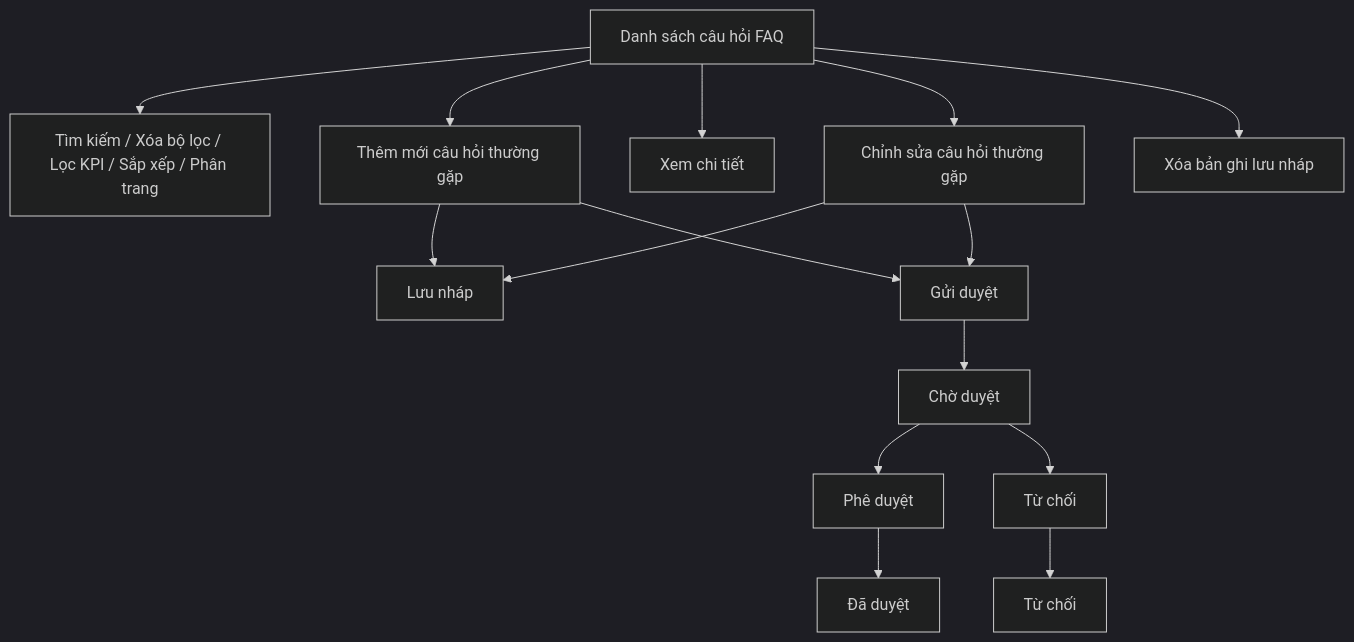
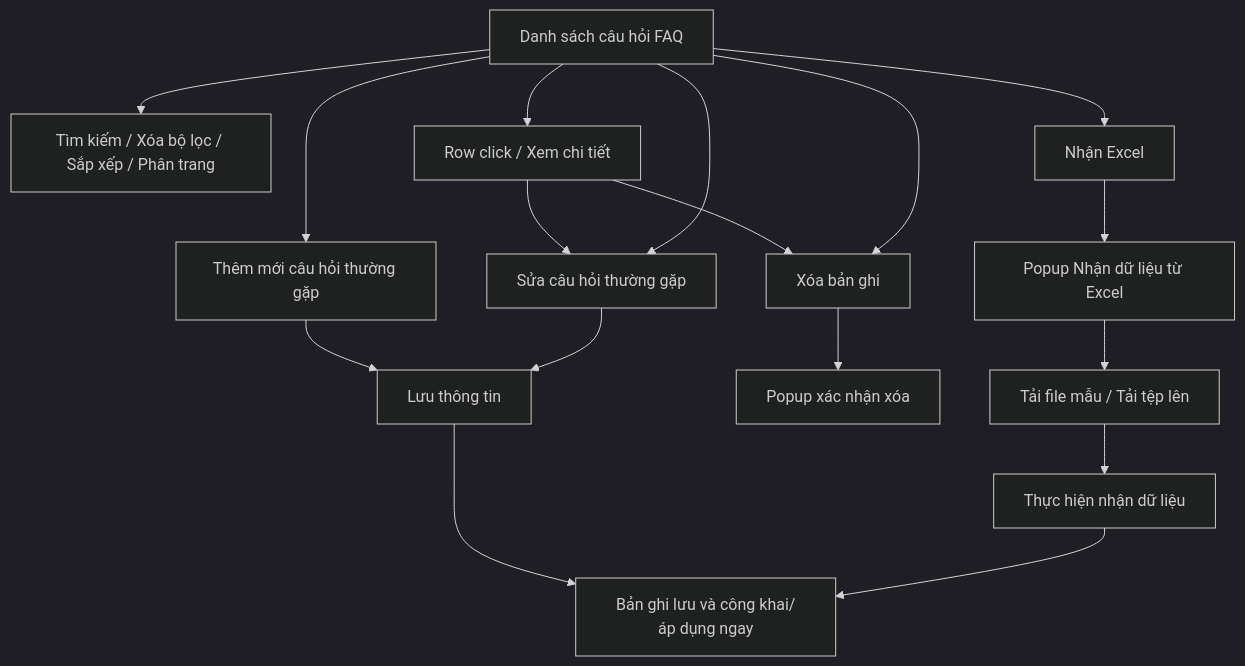
The diagram in Tai lieu phan tich/03_Website_Quan_tri/03_Cong_tac_boi_thuong/SRS_BTNN_HoTroTuLieu_FAQ.md (huyendt2007/BPBD_UI), drawn with Mermaid (dark theme) before and after one commit. The commit also changed other lines of this file and 135 other files, not shown here.

````diff
--- a/Tai lieu phan tich/03_Website_Quan_tri/03_Cong_tac_boi_thuong/SRS_BTNN_HoTroTuLieu_FAQ.md
+++ b/Tai lieu phan tich/03_Website_Quan_tri/03_Cong_tac_boi_thuong/SRS_BTNN_HoTroTuLieu_FAQ.md
@@ -37,17 +27,19 @@
 ```mermaid
 flowchart TD
-    A[Danh sách câu hỏi FAQ] --> B[Tìm kiếm / Xóa bộ lọc / Lọc KPI / Sắp xếp / Phân trang]
+    A[Danh sách câu hỏi FAQ] --> B[Tìm kiếm / Xóa bộ lọc / Sắp xếp / Phân trang]
     A --> C[Thêm mới câu hỏi thường gặp]
-    C --> D[Lưu nháp]
-    C --> E[Gửi duyệt]
-    E --> F["Chờ duyệt"]
-    A --> G[Xem chi tiết]
-    A --> H[Chỉnh sửa câu hỏi thường gặp]
+    A --> G[Row click / Xem chi tiết]
+    G --> H[Sửa câu hỏi thường gặp]
+    G --> I[Xóa bản ghi]
+    A --> H
+    C --> D[Lưu thông tin]
     H --> D
-    H --> E
-    A --> I[Xóa bản ghi lưu nháp]
-    F --> J[Phê duyệt]
-    F --> K[Từ chối]
-    J --> L["Đã duyệt"]
-    K --> M["Từ chối"]
+    D --> E[Bản ghi lưu và công khai/áp dụng ngay]
+    A --> I
+    I --> J[Popup xác nhận xóa]
+    A --> K[Nhận Excel]
+    K --> L[Popup Nhận dữ liệu từ Excel]
+    L --> M[Tải file mẫu / Tải tệp lên]
+    M --> N[Thực hiện nhận dữ liệu]
+    N --> E
 ```
````
